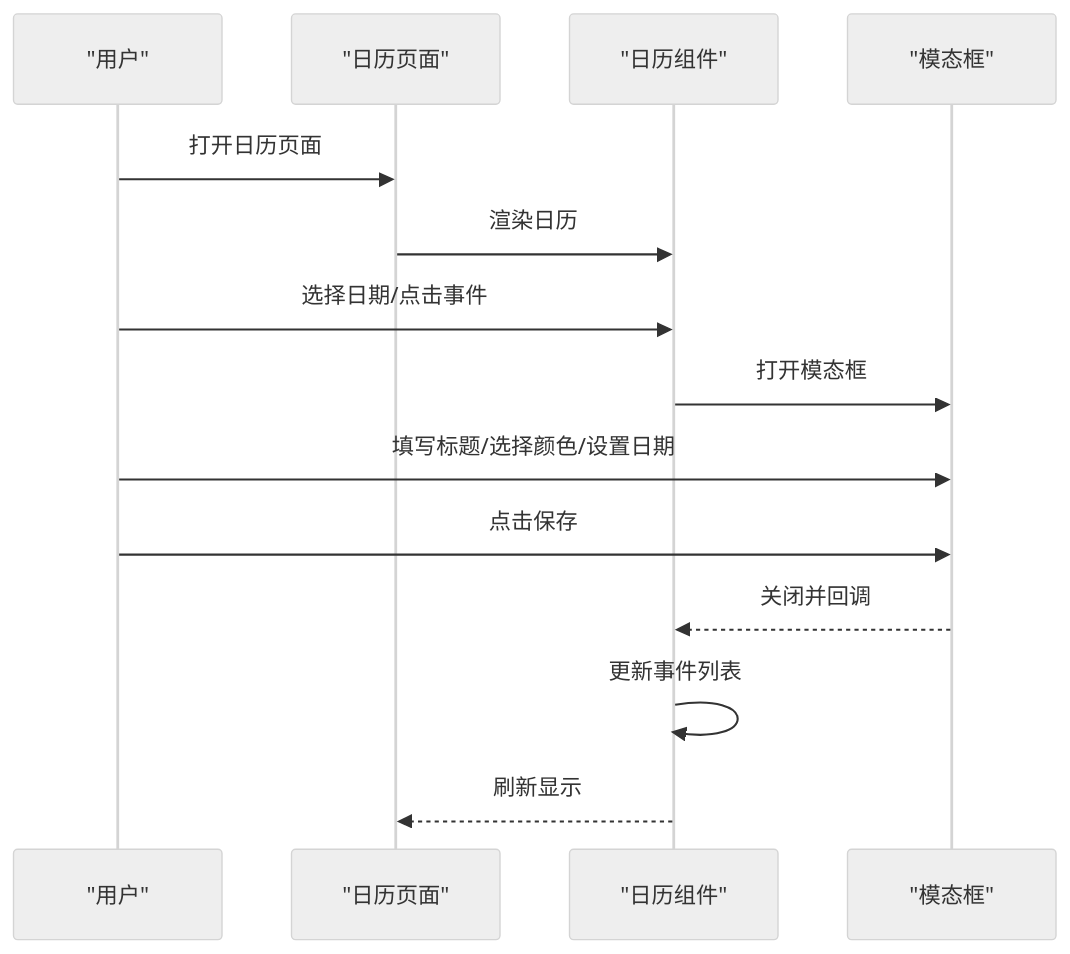
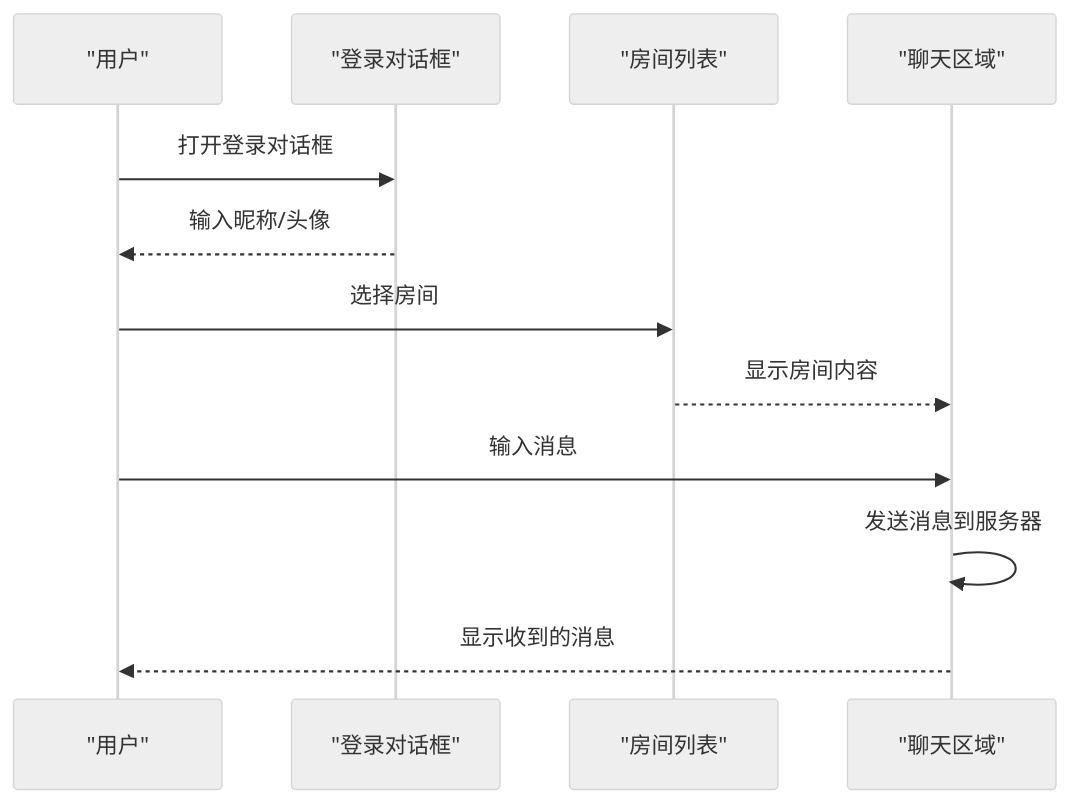
The third of 4 diagrams in .qoder/repowiki/zh/content/页面路由系统/页面类型组织结构/特殊功能页面.md (HAOFUYANG/nextjs-admin), drawn with Mermaid (neutral theme) before and after one commit. The commit also changed other lines of this file and 36 other files, not shown here.

````diff
--- a/.qoder/repowiki/zh/content/页面路由系统/页面类型组织结构/特殊功能页面.md
+++ b/.qoder/repowiki/zh/content/页面路由系统/页面类型组织结构/特殊功能页面.md
@@ -165,16 +187,14 @@
 ```mermaid
 sequenceDiagram
 participant U as "用户"
-participant P as "日历页面"
-participant C as "日历组件"
-participant M as "模态框"
-U->>P : 打开日历页面
-P->>C : 渲染日历
-U->>C : 选择日期/点击事件
-C->>M : 打开模态框
-U->>M : 填写标题/选择颜色/设置日期
-U->>M : 点击保存
-M-->>C : 关闭并回调
-C->>C : 更新事件列表
-C-->>P : 刷新显示
+participant L as "登录对话框"
+participant R as "房间列表"
+participant C as "聊天区域"
+U->>L : 打开登录对话框
+L-->>U : 输入昵称/头像
+U->>R : 选择房间
+R-->>C : 显示房间内容
+U->>C : 输入消息
+C->>C : 发送消息到服务器
+C-->>U : 显示收到的消息
 ```
````
